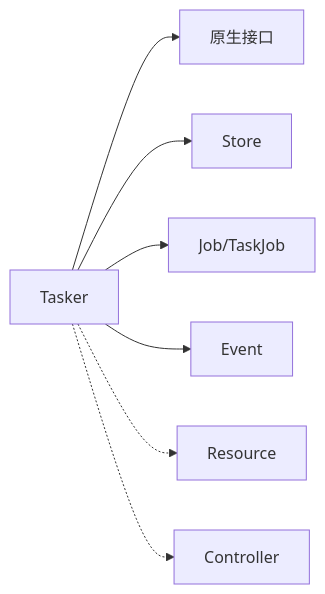
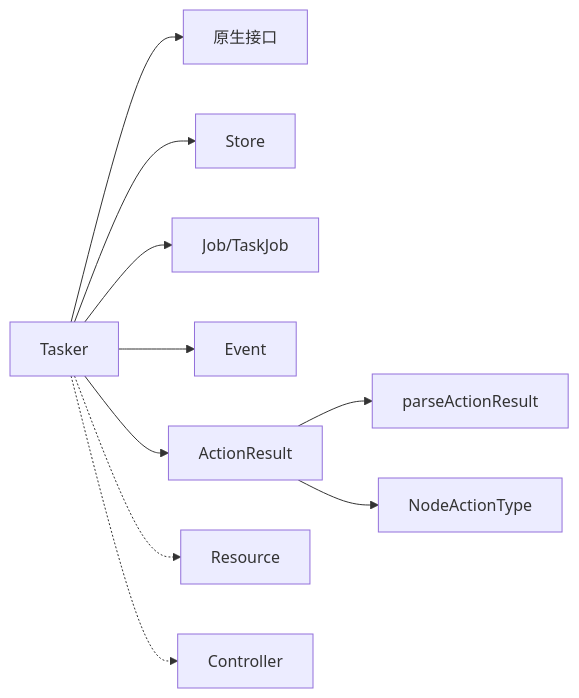
Before and after one commit to kqcoxn/MaaPipelineEditor: the eighth of 8 diagrams in instructions/maafw-golang-binding/核心概念/任务管理器 (Tasker).md, drawn with Mermaid. The commit also changed other lines of this file and 10 other files, not shown here.

````diff
--- a/instructions/maafw-golang-binding/核心概念/任务管理器 (Tasker).md
+++ b/instructions/maafw-golang-binding/核心概念/任务管理器 (Tasker).md
@@ -360,9 +501,12 @@
 ```mermaid
 graph LR
 T["Tasker"] --> N["原生接口"]
 T --> ST["Store"]
 T --> J["Job/TaskJob"]
 T --> E["Event"]
+T --> AR["ActionResult"]
 T -.-> R["Resource"]
 T -.-> C["Controller"]
+AR --> PAR["parseActionResult"]
+AR --> TYP["NodeActionType"]
 ```
````
